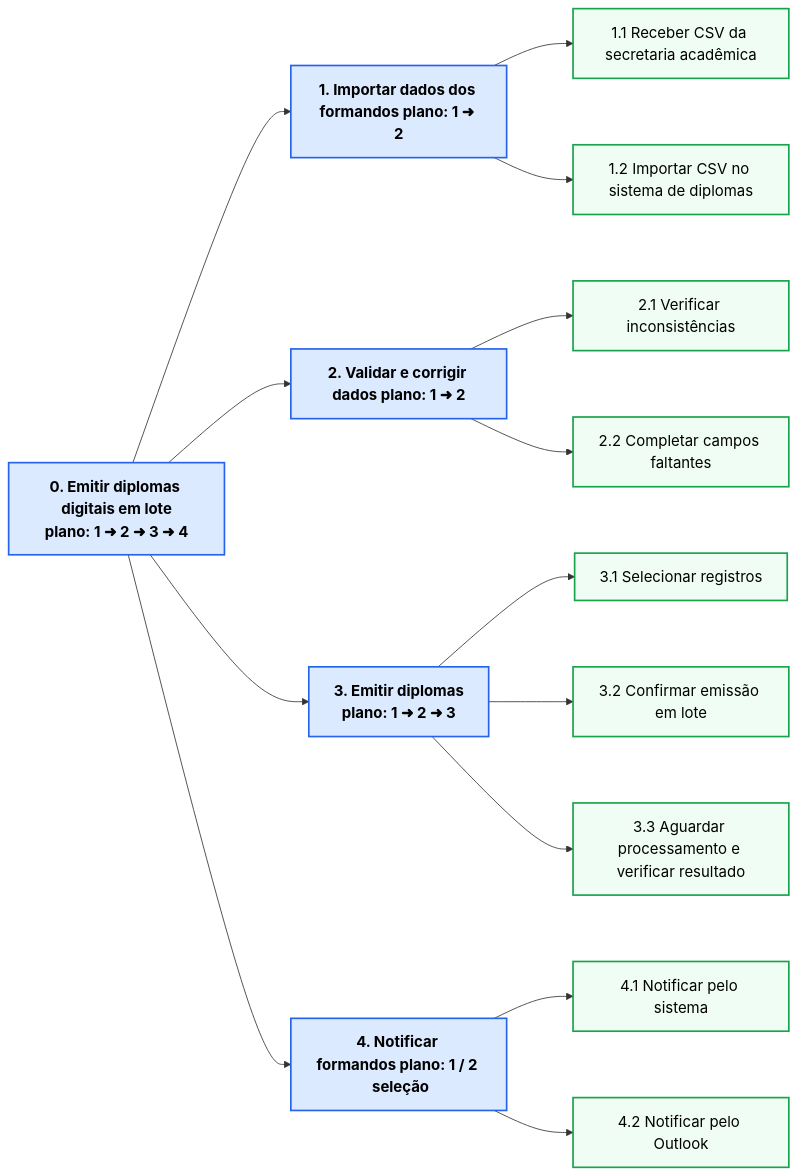
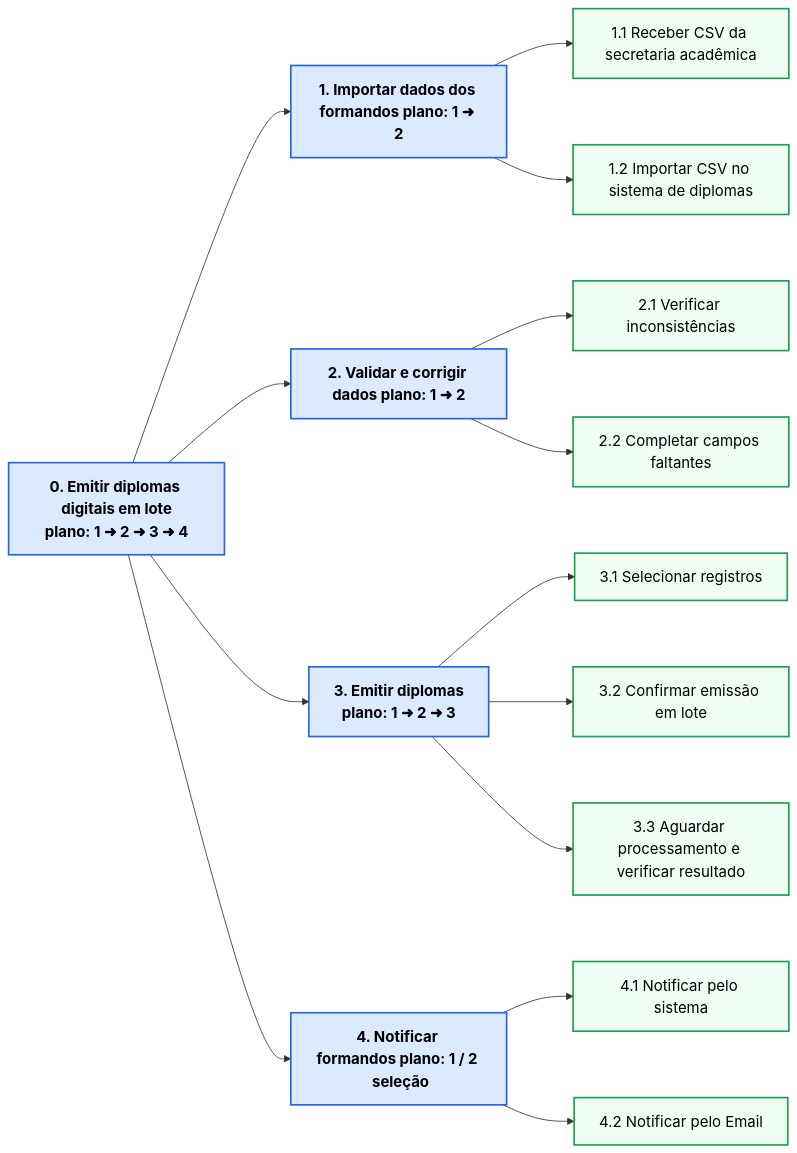
Before and after one commit to nullifidianz/ihc-fei: the first of 3 diagrams in docs/5_analise_tarefas.md, drawn with Mermaid.

Commit message:
Update notification method from Outlook to Email

````diff
--- a/docs/5_analise_tarefas.md
+++ b/docs/5_analise_tarefas.md
@@ -11,29 +11,29 @@
 ```mermaid
 %%{init: {'flowchart': {'nodeSpacing': 80, 'rankSpacing': 80}, 'themeVariables': {'fontSize': '18px'}}}%%
 flowchart LR
     classDef objetivo fill:#dbeafe,stroke:#2563eb,stroke-width:2px,font-weight:bold,color:#000000
     classDef operacao fill:#f0fdf4,stroke:#16a34a,stroke-width:2px,color:#000000
 
     G0["0. Emitir diplomas digitais em lote\nplano: 1 ➜ 2 ➜ 3 ➜ 4"]:::objetivo
 
     G1["1. Importar dados dos formandos plano: 1 ➜ 2"]:::objetivo
     G2["2. Validar e corrigir dados plano: 1 ➜ 2"]:::objetivo
     G3["3. Emitir diplomas\nplano: 1 ➜ 2 ➜ 3"]:::objetivo
     G4["4. Notificar formandos plano: 1 / 2  seleção"]:::objetivo
 
     G11["1.1 Receber CSV da secretaria acadêmica"]:::operacao
     G12["1.2 Importar CSV no sistema de diplomas"]:::operacao
     G21["2.1 Verificar inconsistências"]:::operacao
     G22["2.2 Completar campos faltantes"]:::operacao
     G31["3.1 Selecionar registros"]:::operacao
     G32["3.2 Confirmar emissão em lote"]:::operacao
     G33["3.3 Aguardar processamento e verificar resultado"]:::operacao
     G41["4.1 Notificar pelo sistema"]:::operacao
-    G42["4.2 Notificar pelo Outlook"]:::operacao
+    G42["4.2 Notificar pelo Email"]:::operacao
 
     G0 --> G1 & G2 & G3 & G4
     G1 --> G11 & G12
     G2 --> G21 & G22
     G3 --> G31 & G32 & G33
     G4 --> G41 & G42
 ```
````
